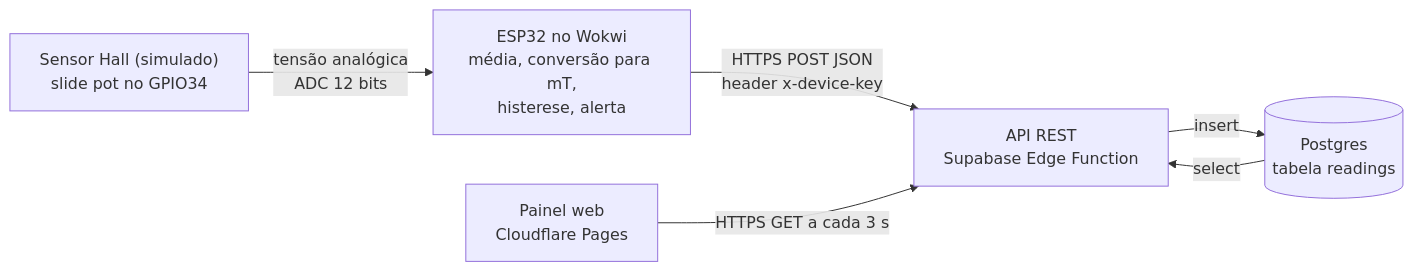
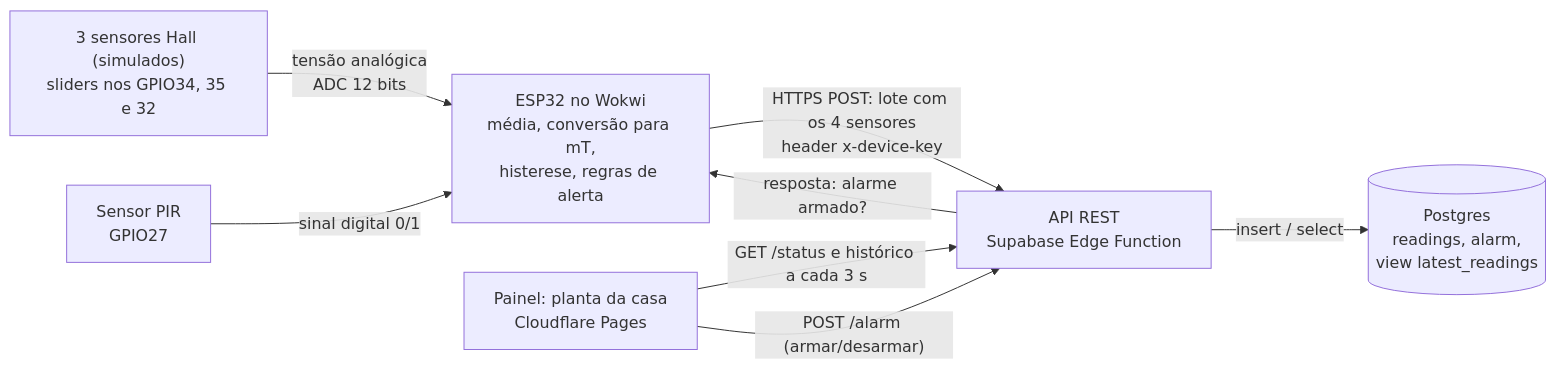
Before and after one commit to luizchicarelli/seguranca-residencial: the diagram in README.md, drawn with Mermaid. The commit also changed other lines of this file, not shown here.

Commit message:
README: versao com varios sensores, planta da casa e alarme

````diff
--- a/README.md
+++ b/README.md
@@ -13,8 +15,10 @@
 ```mermaid
 flowchart LR
-  S["Sensor Hall (simulado)<br/>slide pot no GPIO34"] -->|"tensão analógica<br/>ADC 12 bits"| E["ESP32 no Wokwi<br/>média, conversão para mT,<br/>histerese, alerta"]
-  E -->|"HTTPS POST JSON<br/>header x-device-key"| A["API REST<br/>Supabase Edge Function"]
-  A -->|insert| D[("Postgres<br/>tabela readings")]
-  D -->|select| A
-  P["Painel web<br/>Cloudflare Pages"] -->|"HTTPS GET a cada 3 s"| A
+  H["3 sensores Hall (simulados)<br/>sliders nos GPIO34, 35 e 32"] -->|"tensão analógica<br/>ADC 12 bits"| E["ESP32 no Wokwi<br/>média, conversão para mT,<br/>histerese, regras de alerta"]
+  P["Sensor PIR<br/>GPIO27"] -->|"sinal digital 0/1"| E
+  E -->|"HTTPS POST: lote com os 4 sensores<br/>header x-device-key"| A["API REST<br/>Supabase Edge Function"]
+  A -->|"resposta: alarme armado?"| E
+  A -->|insert / select| D[("Postgres<br/>readings, alarm,<br/>view latest_readings")]
+  W["Painel: planta da casa<br/>Cloudflare Pages"] -->|"GET /status e histórico a cada 3 s"| A
+  W -->|"POST /alarm (armar/desarmar)"| A
 ```
````
